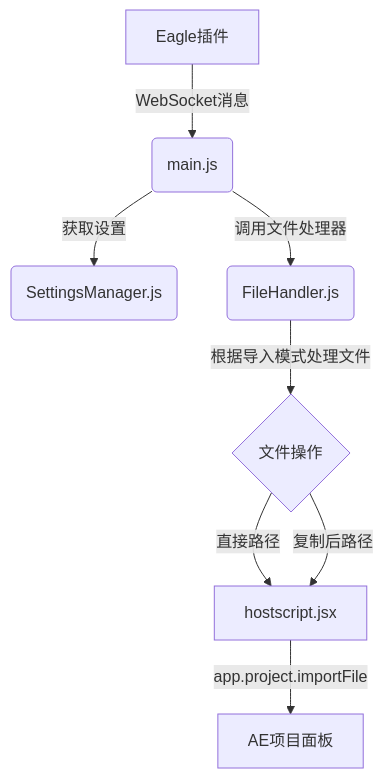
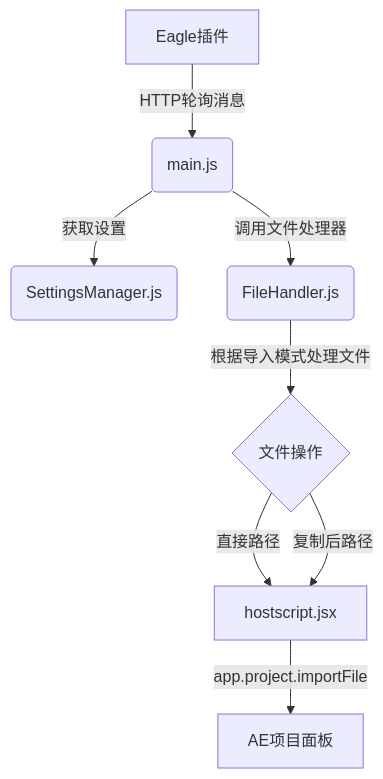
One commit to yancongya/Eagle2Ae changed the first of 2 diagrams in apps/eagle2ae_docs/ae/development/import-logic.md. Above: the diagram before and after it, drawn with Mermaid. The commit also changed other lines of this file and 217 other files, not shown here.

````diff
--- a/apps/eagle2ae_docs/ae/development/import-logic.md
+++ b/apps/eagle2ae_docs/ae/development/import-logic.md
@@ -11,10 +13,10 @@
 ```mermaid
 graph TD
-    A[Eagle插件] -- WebSocket消息 --> B(main.js);
+    A[Eagle插件] -- HTTP轮询消息 --> B(main.js);
     B -- 获取设置 --> C(SettingsManager.js);
     B -- 调用文件处理器 --> D(FileHandler.js);
     D -- 根据导入模式处理文件 --> E{文件操作};
     E -- 直接路径 --> F[hostscript.jsx];
     E -- 复制后路径 --> F[hostscript.jsx];
     F -- app.project.importFile --> G[AE项目面板];
 ```
````
